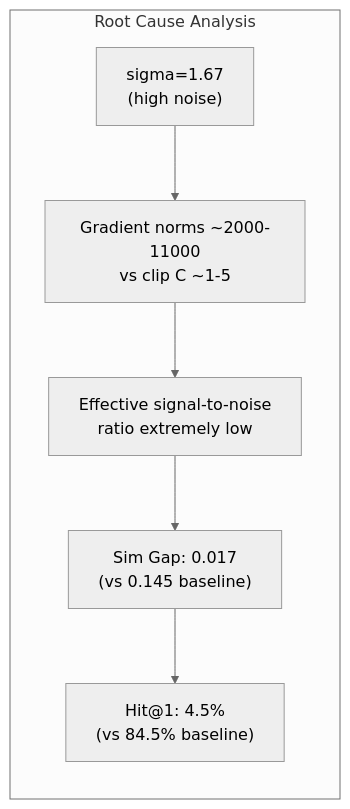
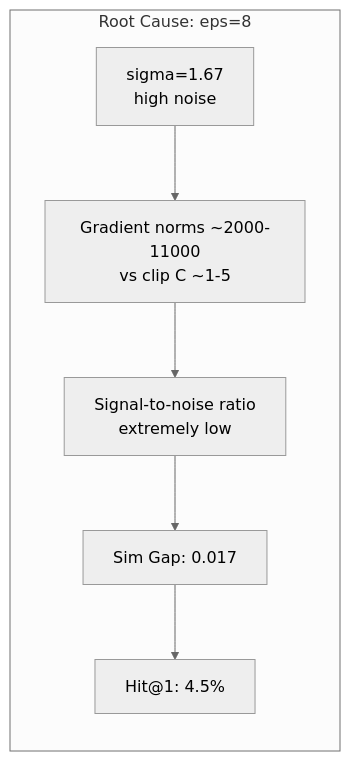
One commit to ursuswh-metamorphic/SDA_SecureDataAlliance changed the seventh of 11 diagrams in docs/DP_Evaluation_Report.md. Above: the diagram before and after it, drawn with Mermaid (neutral theme). The commit also changed other lines of this file and 2 other files, not shown here.

Commit message:
Update report with eps=20 results and add eps20 logs

````diff
--- a/docs/DP_Evaluation_Report.md
+++ b/docs/DP_Evaluation_Report.md
@@ -249,9 +232,9 @@
 ```mermaid
 graph LR
-    subgraph "Root Cause Analysis"
-        A["sigma=1.67<br/>(high noise)"] --> B["Gradient norms ~2000-11000<br/>vs clip C ~1-5"]
-        B --> C["Effective signal-to-noise<br/>ratio extremely low"]
-        C --> D["Sim Gap: 0.017<br/>(vs 0.145 baseline)"]
-        D --> E["Hit@1: 4.5%<br/>(vs 84.5% baseline)"]
+    subgraph "Root Cause: eps=8"
+        A["sigma=1.67<br/>high noise"] --> B["Gradient norms ~2000-11000<br/>vs clip C ~1-5"]
+        B --> C["Signal-to-noise ratio<br/>extremely low"]
+        C --> D["Sim Gap: 0.017"]
+        D --> E["Hit@1: 4.5%"]
     end
 ```
````
